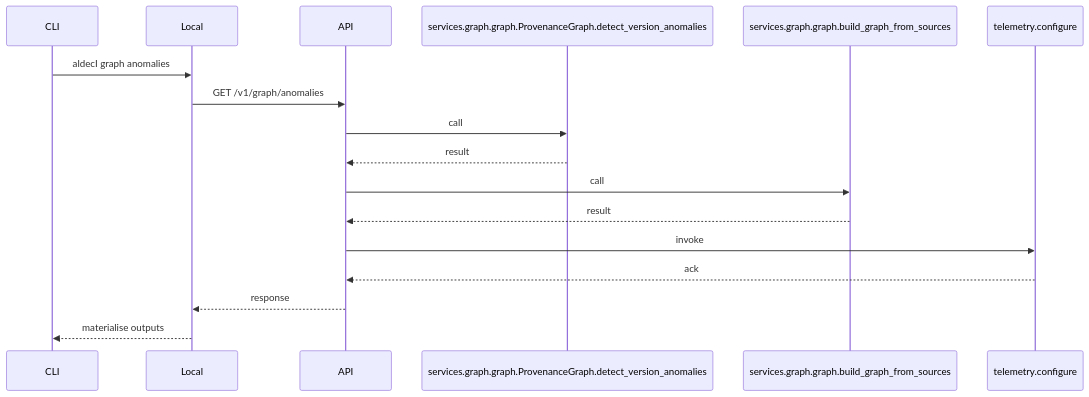
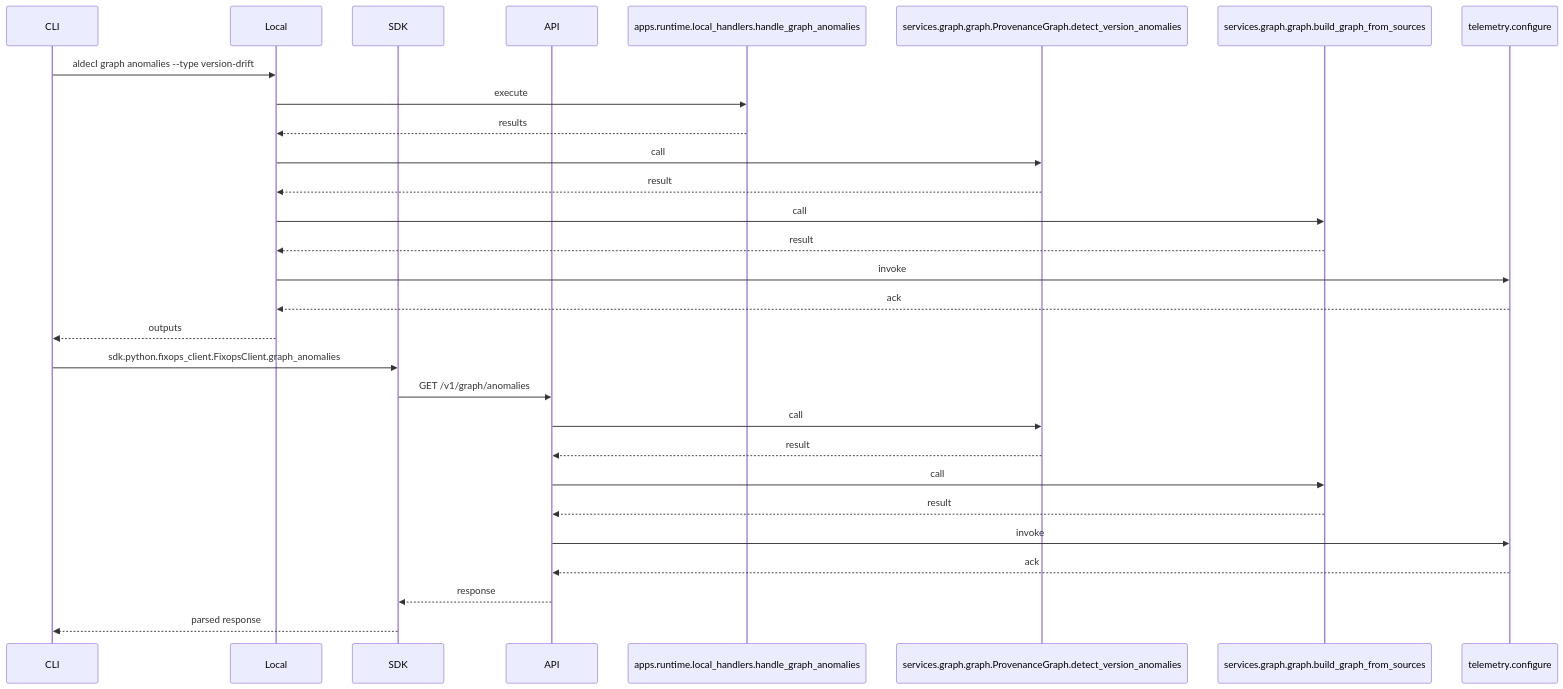
One commit to DevOpsMadDog/Aldeci changed the diagram in docs/diagrams/seq_graph_anomalies.mmd. Above: the diagram before and after it, drawn with Mermaid. The commit also changed 52 other files, not shown here.

```diff
--- a/docs/diagrams/seq_graph_anomalies.mmd
+++ b/docs/diagrams/seq_graph_anomalies.mmd
@@ -1,17 +1,29 @@
 sequenceDiagram
     participant CLI
     participant Local
+    participant SDK
     participant API
-    CLI->>Local: aldecI graph anomalies
-    Local->>API: GET /v1/graph/anomalies
-    participant S990766 as services.graph.graph.ProvenanceGraph.detect_version_anomalies
-    API->>S990766: call
-    S990766-->>API: result
-    participant S206271 as services.graph.graph.build_graph_from_sources
-    API->>S206271: call
-    S206271-->>API: result
-    participant I870404 as telemetry.configure
-    API->>I870404: invoke
-    I870404-->>API: ack
-    API-->>Local: response
-    Local-->>CLI: materialise outputs
+    participant L970138 as apps.runtime.local_handlers.handle_graph_anomalies
+    participant S753713 as services.graph.graph.ProvenanceGraph.detect_version_anomalies
+    participant S858265 as services.graph.graph.build_graph_from_sources
+    participant I828115 as telemetry.configure
+    CLI->>Local: aldecI graph anomalies --type version-drift
+    Local->>L970138: execute
+    L970138-->>Local: results
+    Local->>S753713: call
+    S753713-->>Local: result
+    Local->>S858265: call
+    S858265-->>Local: result
+    Local->>I828115: invoke
+    I828115-->>Local: ack
+    Local-->>CLI: outputs
+    CLI->>SDK: sdk.python.fixops_client.FixopsClient.graph_anomalies
+    SDK->>API: GET /v1/graph/anomalies
+    API->>S753713: call
+    S753713-->>API: result
+    API->>S858265: call
+    S858265-->>API: result
+    API->>I828115: invoke
+    I828115-->>API: ack
+    API-->>SDK: response
+    SDK-->>CLI: parsed response
```
